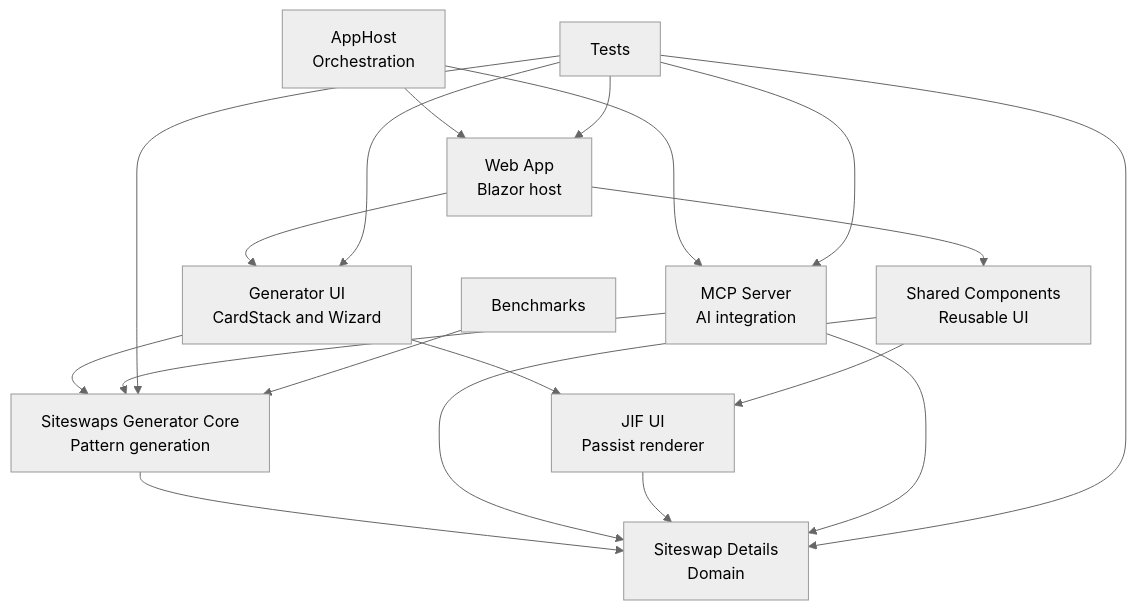
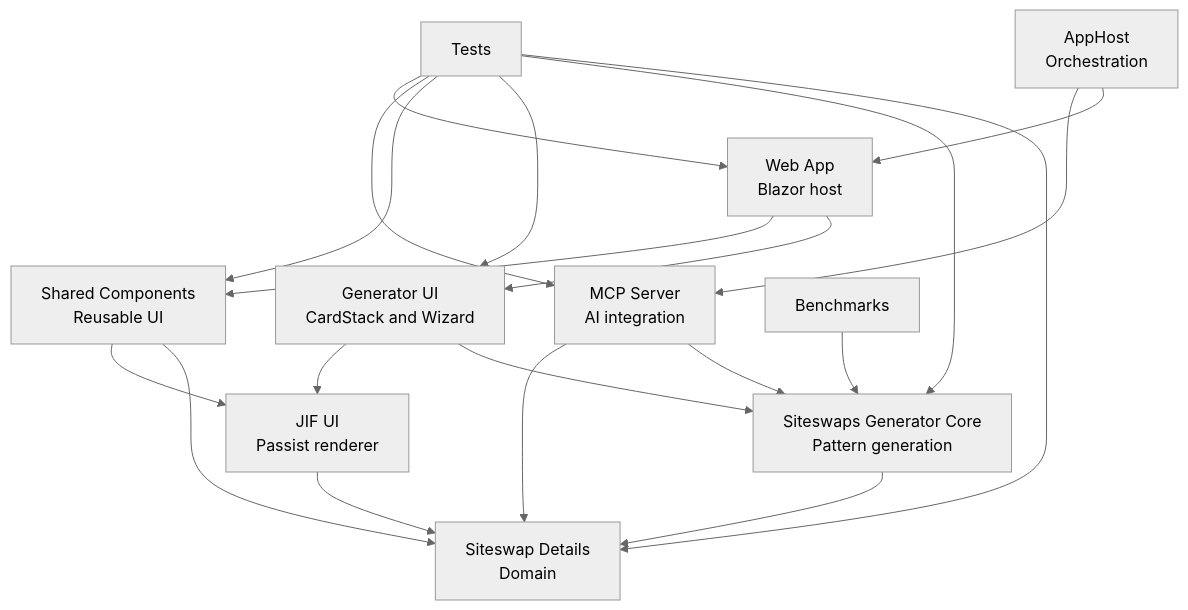
The diagram in README.md (Sopor10/Juggling), drawn with Mermaid (neutral theme) before and after one commit. The commit also changed 15 other files, not shown here.

Commit message:
Add causal diagram editor

````diff
--- a/README.md
+++ b/README.md
@@ -10,32 +10,33 @@
 ```mermaid
 flowchart TD
     Domain["Siteswap Details<br/>Domain"]
     GeneratorCore["Siteswaps Generator Core<br/>Pattern generation"]
     GeneratorUI["Generator UI<br/>CardStack and Wizard"]
     SharedComponents["Shared Components<br/>Reusable UI"]
     JifUI["JIF UI<br/>Passist renderer"]
     Mcp["MCP Server<br/>AI integration"]
     Web["Web App<br/>Blazor host"]
     Hosting["AppHost<br/>Orchestration"]
     Tests["Tests"]
     Benchmarks["Benchmarks"]
 
     GeneratorCore --> Domain
     GeneratorUI --> GeneratorCore
     GeneratorUI --> JifUI
     SharedComponents --> Domain
     SharedComponents --> JifUI
     JifUI --> Domain
     Mcp --> GeneratorCore
     Mcp --> Domain
     Web --> GeneratorUI
     Web --> SharedComponents
     Hosting --> Web
     Hosting --> Mcp
     Tests --> Domain
     Tests --> GeneratorCore
     Tests --> GeneratorUI
+    Tests --> SharedComponents
     Tests --> Mcp
     Tests --> Web
     Benchmarks --> GeneratorCore
 ```
````
